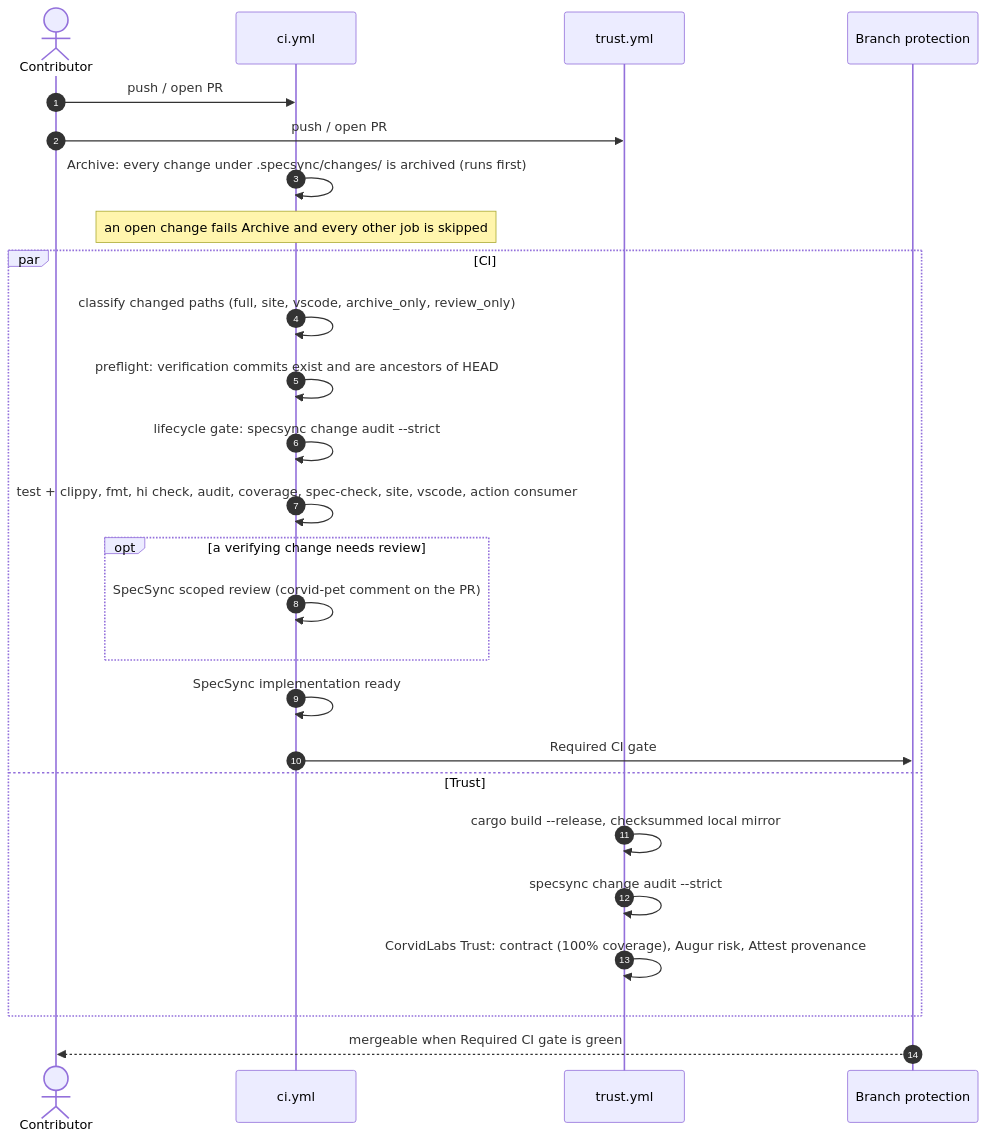
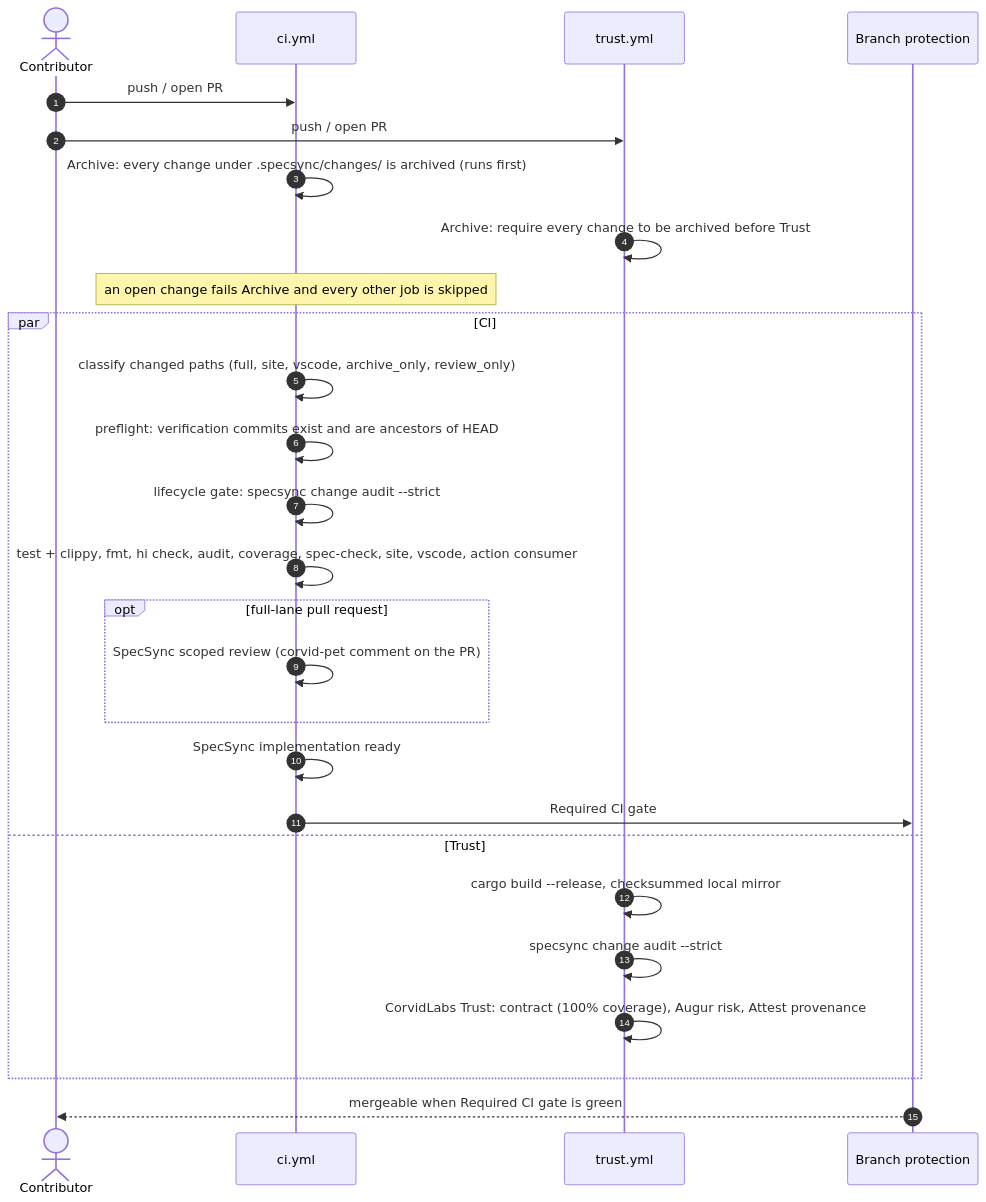
Before and after one commit to CorvidLabs/spec-sync: the eighth of 10 diagrams in docs/HLD.md, drawn with Mermaid. The commit also changed other lines of this file and 45 other files, not shown here.

Commit message:
docs: correct reference docs and archive-first lifecycle diagrams

````diff
--- a/docs/HLD.md
+++ b/docs/HLD.md
@@ -492,29 +504,30 @@
 ```mermaid
 sequenceDiagram
     autonumber
     actor Dev as Contributor
     participant CI as ci.yml
     participant T as trust.yml
     participant GH as Branch protection
 
     Dev->>CI: push / open PR
     Dev->>T: push / open PR
     CI->>CI: Archive: every change under .specsync/changes/ is archived (runs first)
+    T->>T: Archive: require every change to be archived before Trust
     Note over CI: an open change fails Archive and every other job is skipped
     par CI
         CI->>CI: classify changed paths (full, site, vscode, archive_only, review_only)
         CI->>CI: preflight: verification commits exist and are ancestors of HEAD
         CI->>CI: lifecycle gate: specsync change audit --strict
         CI->>CI: test + clippy, fmt, hi check, audit, coverage, spec-check, site, vscode, action consumer
-        opt a verifying change needs review
+        opt full-lane pull request
             CI->>CI: SpecSync scoped review (corvid-pet comment on the PR)
         end
         CI->>CI: SpecSync implementation ready
         CI->>GH: Required CI gate
     and Trust
         T->>T: cargo build --release, checksummed local mirror
         T->>T: specsync change audit --strict
         T->>T: CorvidLabs Trust: contract (100% coverage), Augur risk, Attest provenance
     end
     GH-->>Dev: mergeable when Required CI gate is green
 ```
````
